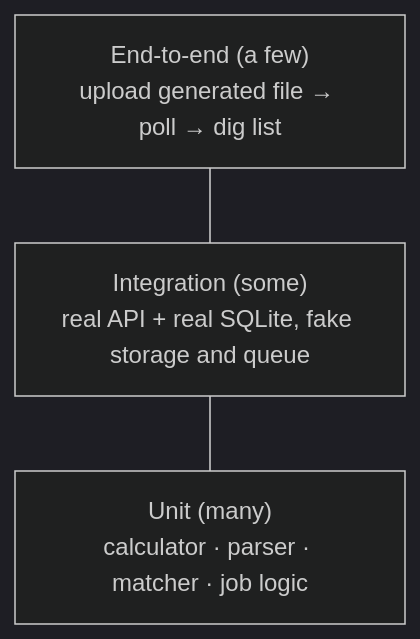
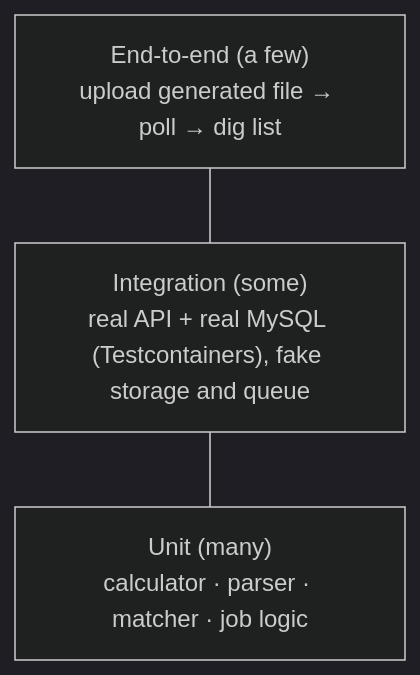
The fifth of 6 diagrams in ROADMAP.md (PlashSpeed-Aiman/stondy-gorup), drawn with Mermaid (dark theme) before and after one commit. The commit also changed other lines of this file, not shown here.

First line of the commit message:
Use MySQL Testcontainers for integration tests and add debugging guide

````diff
--- a/ROADMAP.md
+++ b/ROADMAP.md
@@ -305,7 +305,7 @@
 ```mermaid
 flowchart TB
     E2E["End-to-end (a few)<br/>upload generated file → poll → dig list"]
-    INT["Integration (some)<br/>real API + real SQLite, fake storage and queue"]
+    INT["Integration (some)<br/>real API + real MySQL (Testcontainers), fake storage and queue"]
     UNIT["Unit (many)<br/>calculator · parser · matcher · job logic"]
     E2E --- INT --- UNIT
 ```
````
